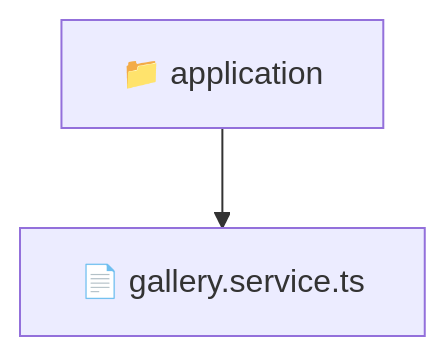
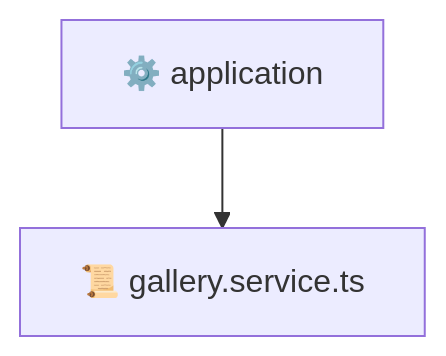
The diagram in backend/src/modules/gallery/application/README.md (beginwebdev2002/fullstack-mavluda), drawn with Mermaid before and after one commit. The commit also changed other lines of this file and 163 other files, not shown here.

````diff
--- a/backend/src/modules/gallery/application/README.md
+++ b/backend/src/modules/gallery/application/README.md
@@ -9,5 +9,5 @@
 ```mermaid
 graph TD
-  Root["📁 application"]
-  Root --> gallery_service_ts["📄 gallery.service.ts"]
+  application["⚙️ application"]
+  application --> gallery_service_ts["📜 gallery.service.ts"]
 ```
````
